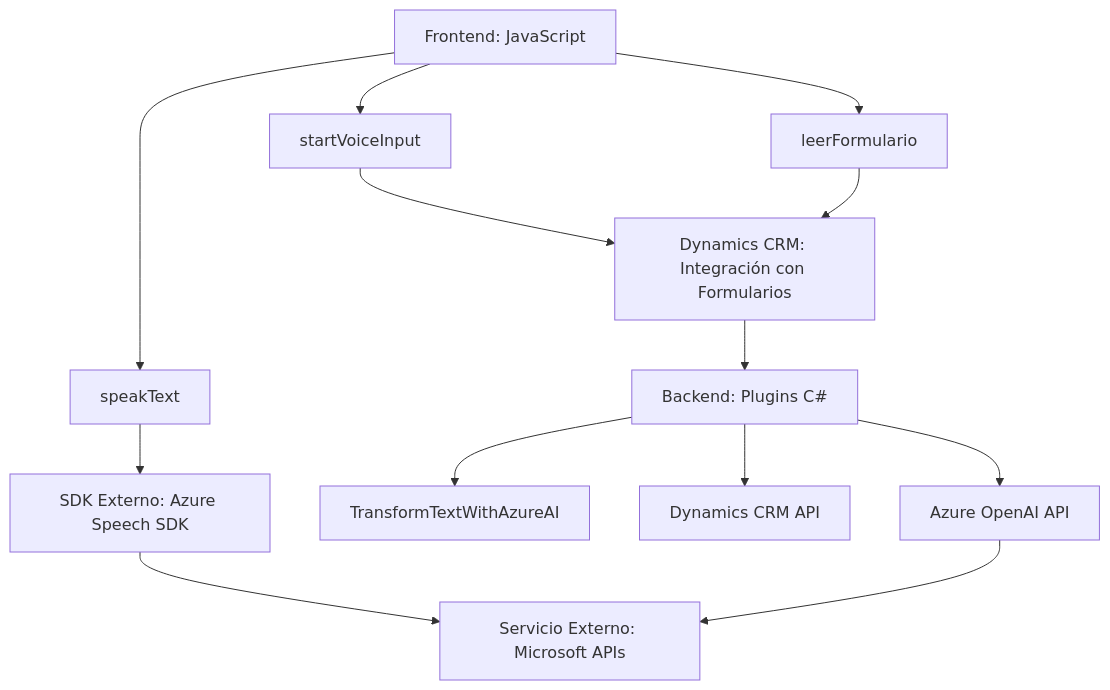
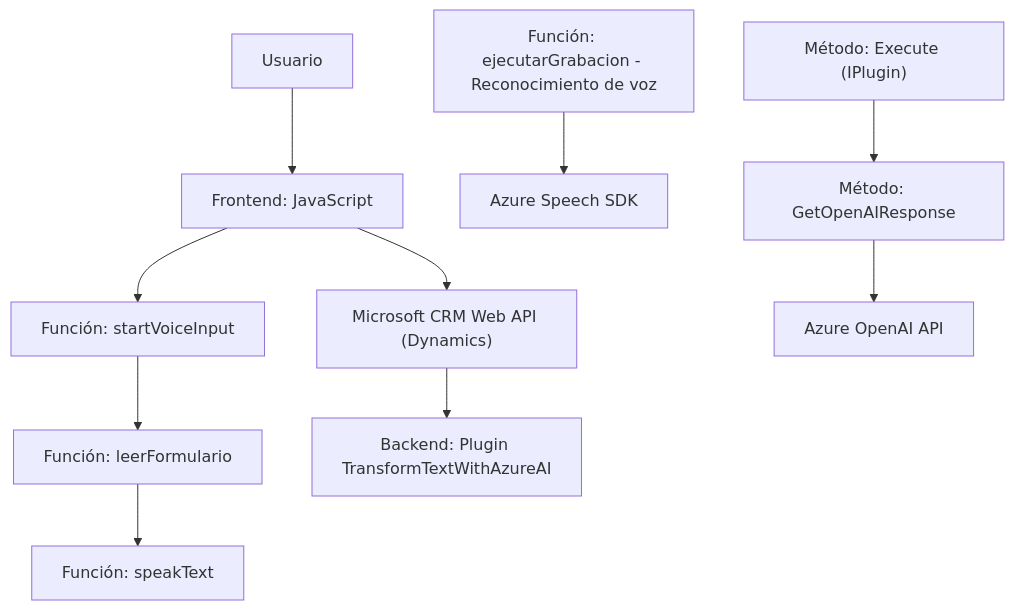
Before and after one commit to blopezdm/NETCORE_BILBAO2025: the diagram in README.md, drawn with Mermaid. The commit also changed other lines of this file, not shown here.

Commit message:
Actualizar análisis global de la solución con IA

````diff
--- a/README.md
+++ b/README.md
@@ -39,30 +52,25 @@
 ```mermaid
 graph TD
-    A["Frontend: JavaScript"]
-    A1["startVoiceInput"]
-    A2["leerFormulario"]
-    A3["speakText"]
-    A --> A1
-    A --> A2
-    A --> A3
+    A["Usuario"]
+    B["Frontend: JavaScript"]
+    B1["Función: startVoiceInput"]
+    B2["Función: leerFormulario"]
+    B3["Función: speakText"]
+    B4["Función: ejecutarGrabacion - Reconocimiento de voz"]
+    C["Azure Speech SDK"]
+    D["Backend: Plugin TransformTextWithAzureAI"]
+    D1["Método: Execute (IPlugin)"]
+    D2["Método: GetOpenAIResponse"]
+    E["Azure OpenAI API"]
+    F["Microsoft CRM Web API (Dynamics)"]
 
-    B["SDK Externo: Azure Speech SDK"]
-    A3 --> B
-
-    C["Dynamics CRM: Integración con Formularios"]
-    A1 --> C
-    A2 --> C
-
-    D["Backend: Plugins C#"]
-    D1["TransformTextWithAzureAI"]
-    D2["Dynamics CRM API"]
-    D3["Azure OpenAI API"]
-    D --> D1
-    D --> D2
-    D --> D3
-    C --> D
-
-    E["Servicio Externo: Microsoft APIs"]
-    B --> E
-    D3 --> E
+    A --> B
+    B --> B1
+    B1 --> B2
+    B2 --> B3
+    B4 --> C
+    B --> F
+    D1 --> D2
+    D2 --> E
+    F --> D
 ```
````
